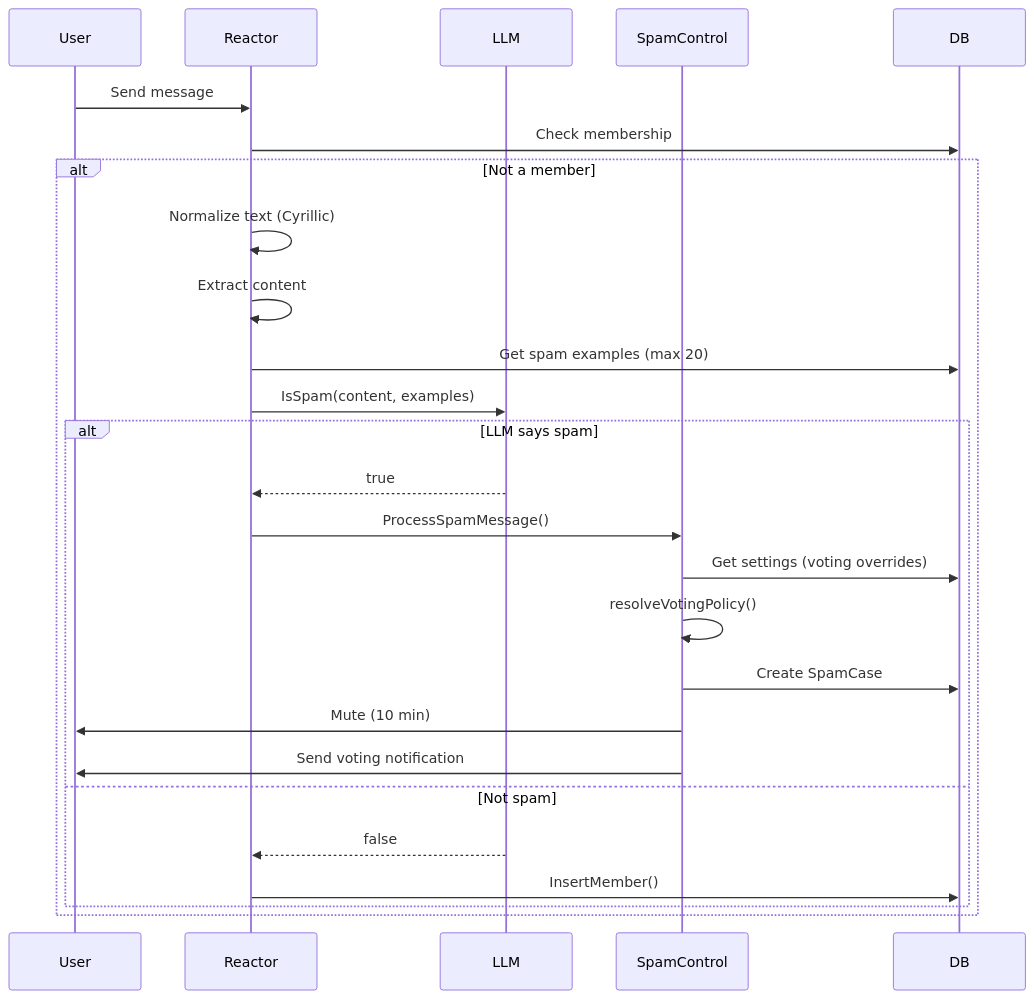
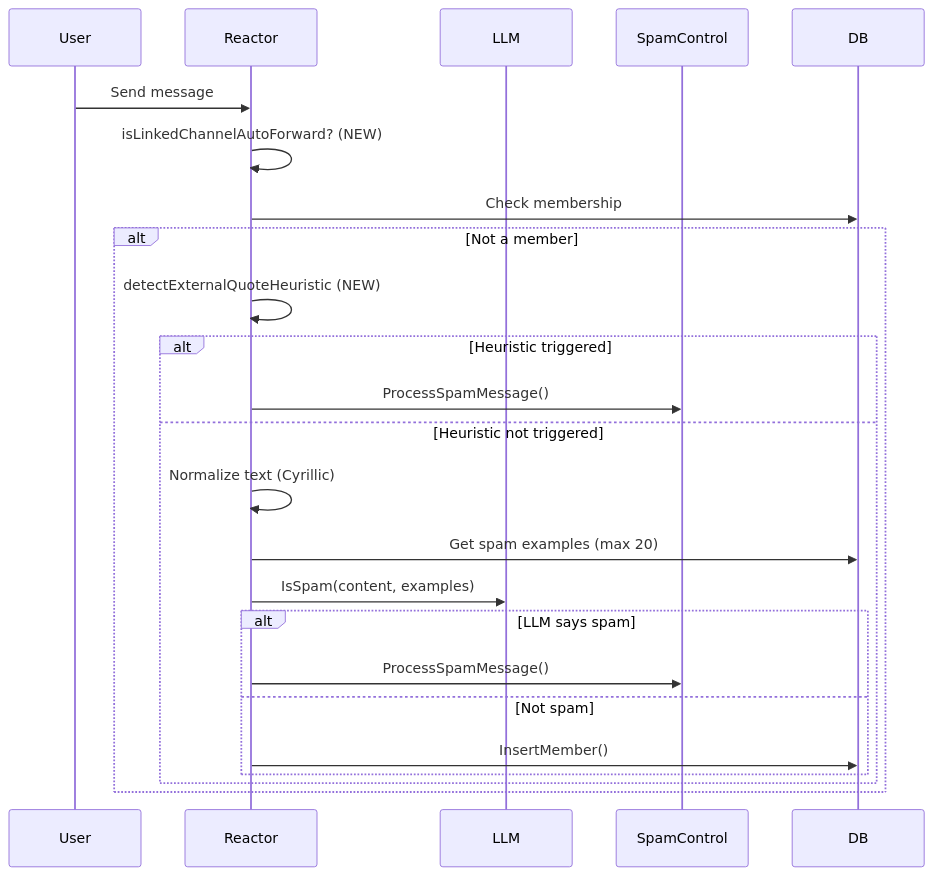
The fourth of 6 diagrams in docs/CODEBASE_MAP.md (iamwavecut/ngbot), drawn with Mermaid before and after one commit. The commit also changed other lines of this file, not shown here.

Commit message:
chore: update CODEBASE_MAP with new last mapped date and total tokens; add polling and external quote heuristic files to documentation

````diff
--- a/docs/CODEBASE_MAP.md
+++ b/docs/CODEBASE_MAP.md
@@ -511,31 +622,30 @@
 ```mermaid
 sequenceDiagram
     participant User
     participant Reactor
     participant LLM
     participant SpamControl
     participant DB
 
     User->>Reactor: Send message
+    Reactor->>Reactor: isLinkedChannelAutoForward? (NEW)
     Reactor->>DB: Check membership
 
     alt Not a member
-        Reactor->>Reactor: Normalize text (Cyrillic)
-        Reactor->>Reactor: Extract content
-        Reactor->>DB: Get spam examples (max 20)
-        Reactor->>LLM: IsSpam(content, examples)
+        Reactor->>Reactor: detectExternalQuoteHeuristic (NEW)
 
-        alt LLM says spam
-            LLM-->>Reactor: true
+        alt Heuristic triggered
             Reactor->>SpamControl: ProcessSpamMessage()
-            SpamControl->>DB: Get settings (voting overrides)
-            SpamControl->>SpamControl: resolveVotingPolicy()
-            SpamControl->>DB: Create SpamCase
-            SpamControl->>User: Mute (10 min)
-            SpamControl->>User: Send voting notification
-        else Not spam
-            LLM-->>Reactor: false
-            Reactor->>DB: InsertMember()
+        else Heuristic not triggered
+            Reactor->>Reactor: Normalize text (Cyrillic)
+            Reactor->>DB: Get spam examples (max 20)
+            Reactor->>LLM: IsSpam(content, examples)
+
+            alt LLM says spam
+                Reactor->>SpamControl: ProcessSpamMessage()
+            else Not spam
+                Reactor->>DB: InsertMember()
+            end
         end
     end
 ```
````
